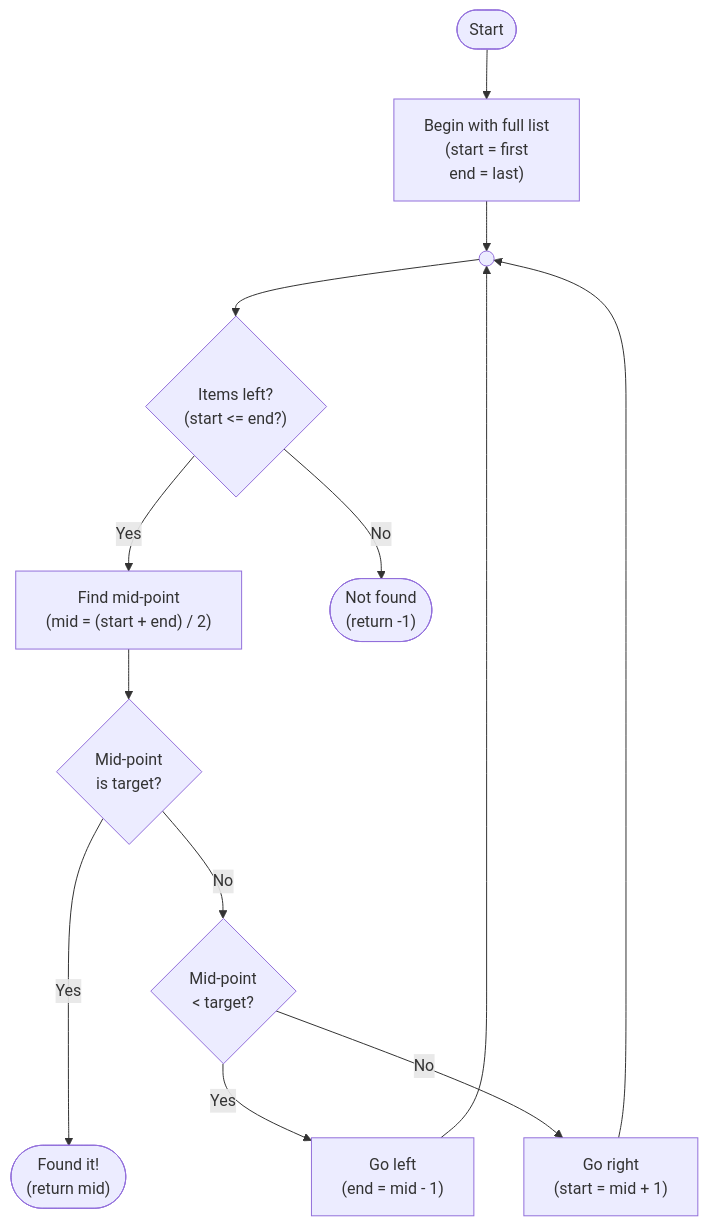
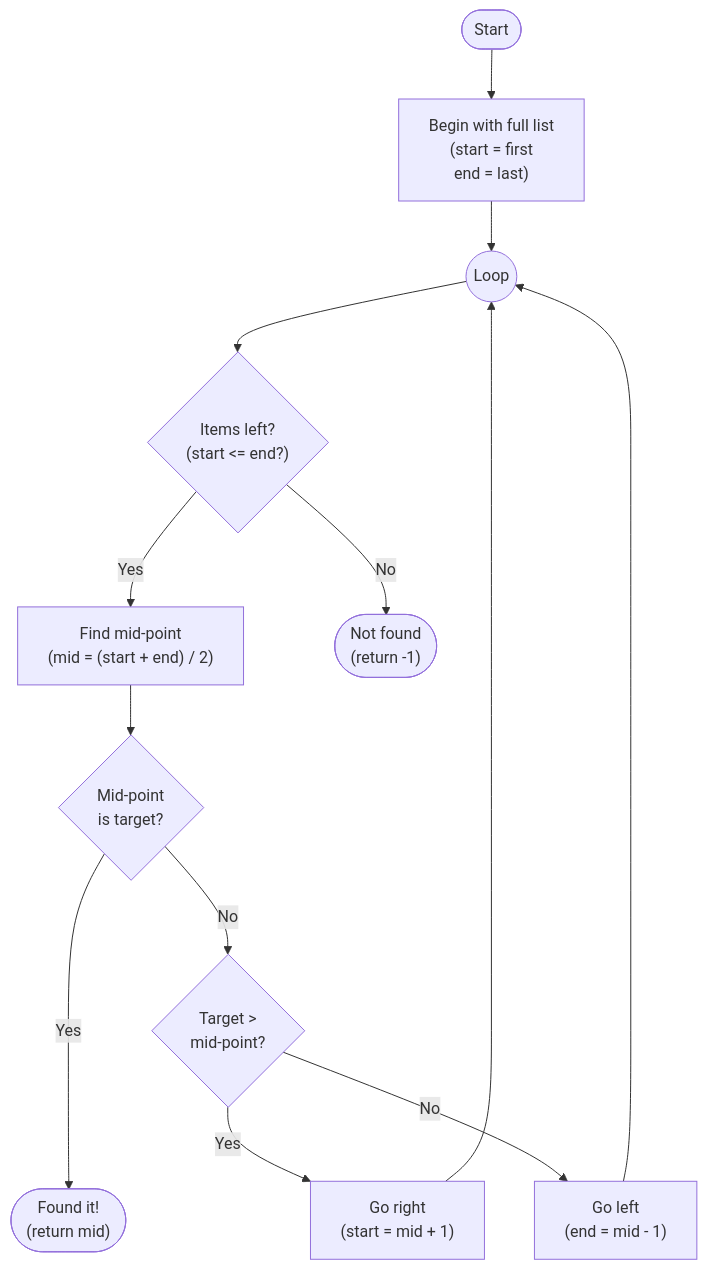
One commit to waimea-dt/how-do-i changed the second of 2 diagrams in docs/programming/algorithms/searching.md. Above: the diagram before and after it, drawn with Mermaid. The commit also changed other lines of this file and 7 other files, not shown here.

Commit message:
Pseudocode and mermaid refinement

````diff
--- a/docs/programming/algorithms/searching.md
+++ b/docs/programming/algorithms/searching.md
@@ -74,24 +91,24 @@
 ```mermaid
 flowchart TD
     %% Define nodes
     start(["Start"])
     init["Begin with full list<br>(start = first<br>end = last)"]
-    loop(( ))
+    loop((Loop))
     check{"Items left?<br>(start <= end?)"}
     mid["Find mid-point<br>(mid = (start + end) / 2)"]
     equal{"Mid-point<br>is target?"}
-    lessThan{"Mid-point<br>< target?"}
+    direction{"Target ><br>mid-point?"}
     found(["Found it!<br>(return mid)"])
     goRight["Go right<br>(start = mid + 1)"]
     goLeft["Go left<br>(end = mid - 1)"]
     notfound(["Not found<br>(return -1)"])
 
     %% Define links
     start --> init --> loop --> check
     check -- No --> notfound
     check -- Yes --> mid --> equal
     equal -- Yes ---> found
-    equal -- No --> lessThan
-    lessThan -- Yes --> goLeft --> loop
-    lessThan -- No --> goRight --> loop
+    equal -- No --> direction
+    direction -- Yes --> goRight --> loop
+    direction -- No --> goLeft --> loop
 ```
````
